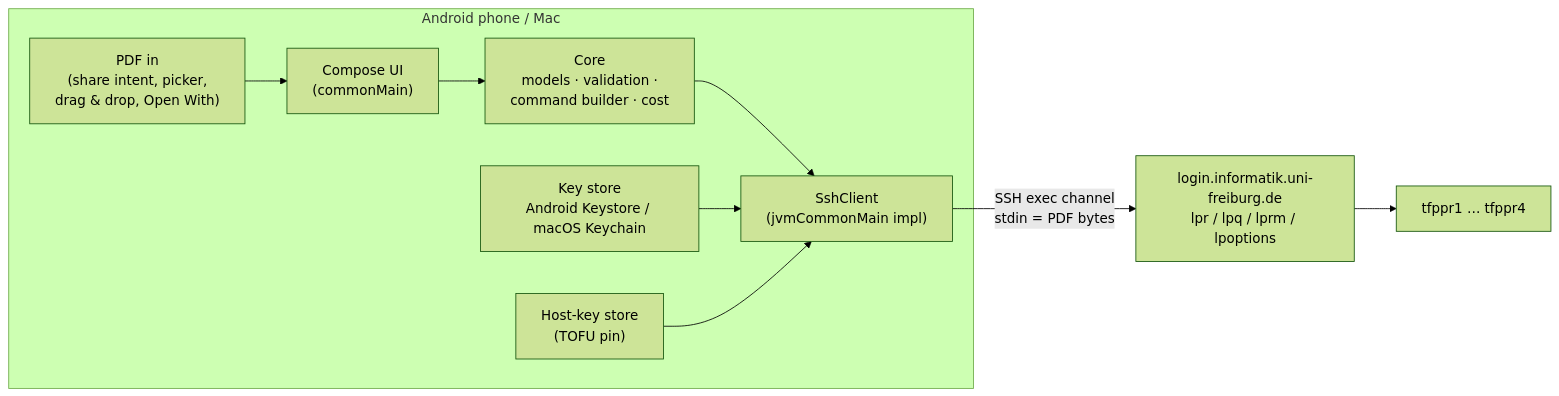
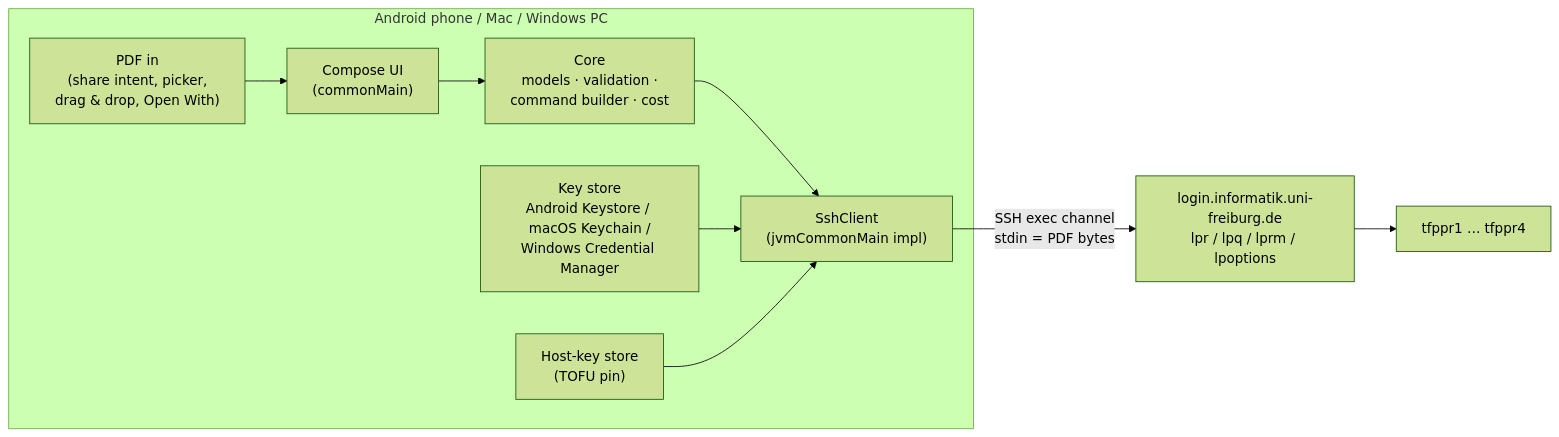
One commit to yahyafati/PoolPrint changed the diagram in docs/architecture.md. Above: the diagram before and after it, drawn with Mermaid (forest theme). The commit also changed other lines of this file and 18 other files, not shown here.

First line of the commit message:
Windows port W1: OS switch, Credential Manager key store, per-OS paths

````diff
--- a/docs/architecture.md
+++ b/docs/architecture.md
@@ -16,12 +16,12 @@
 ```mermaid
 flowchart LR
-    subgraph Device["Android phone / Mac"]
+    subgraph Device["Android phone / Mac / Windows PC"]
         IN["PDF in<br/>(share intent, picker,<br/>drag & drop, Open With)"] --> UI["Compose UI<br/>(commonMain)"]
         UI --> CORE["Core<br/>models · validation ·<br/>command builder · cost"]
         CORE --> SSH["SshClient<br/>(jvmCommonMain impl)"]
-        KEYS["Key store<br/>Android Keystore / macOS Keychain"] --> SSH
+        KEYS["Key store<br/>Android Keystore / macOS Keychain /<br/>Windows Credential Manager"] --> SSH
         HK["Host-key store<br/>(TOFU pin)"] --> SSH
     end
     SSH -- "SSH exec channel<br/>stdin = PDF bytes" --> LOGIN["login.informatik.uni-freiburg.de<br/>lpr / lpq / lprm / lpoptions"]
     LOGIN --> PRN["tfppr1 … tfppr4"]
 ```
````
